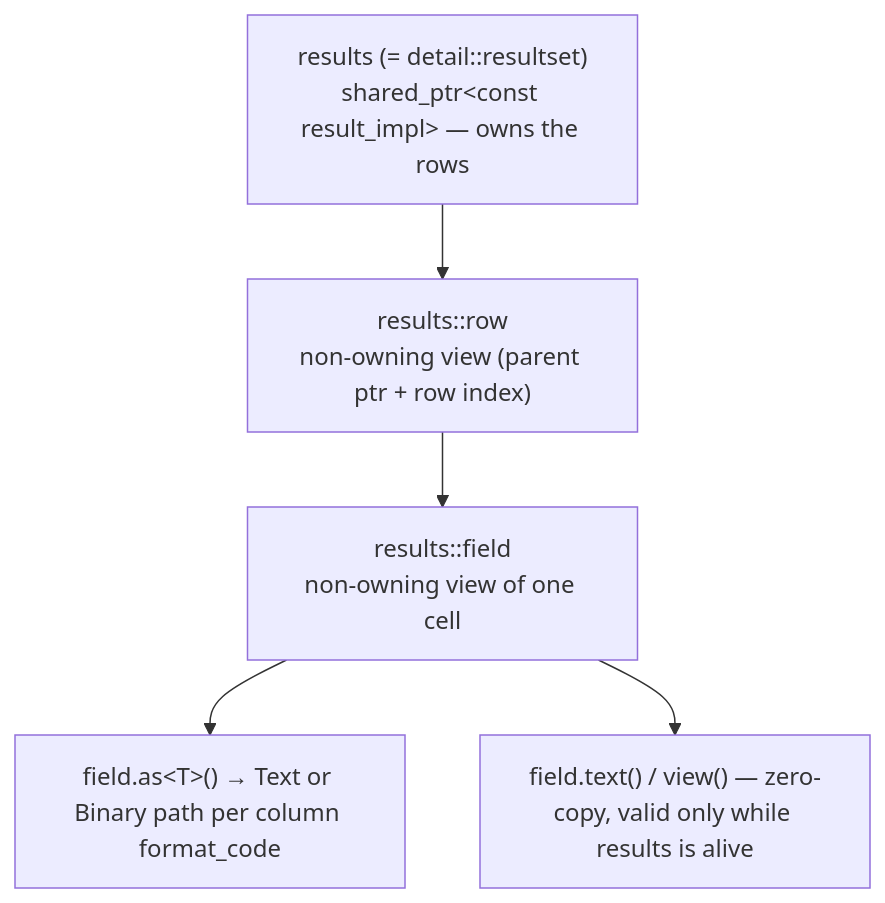
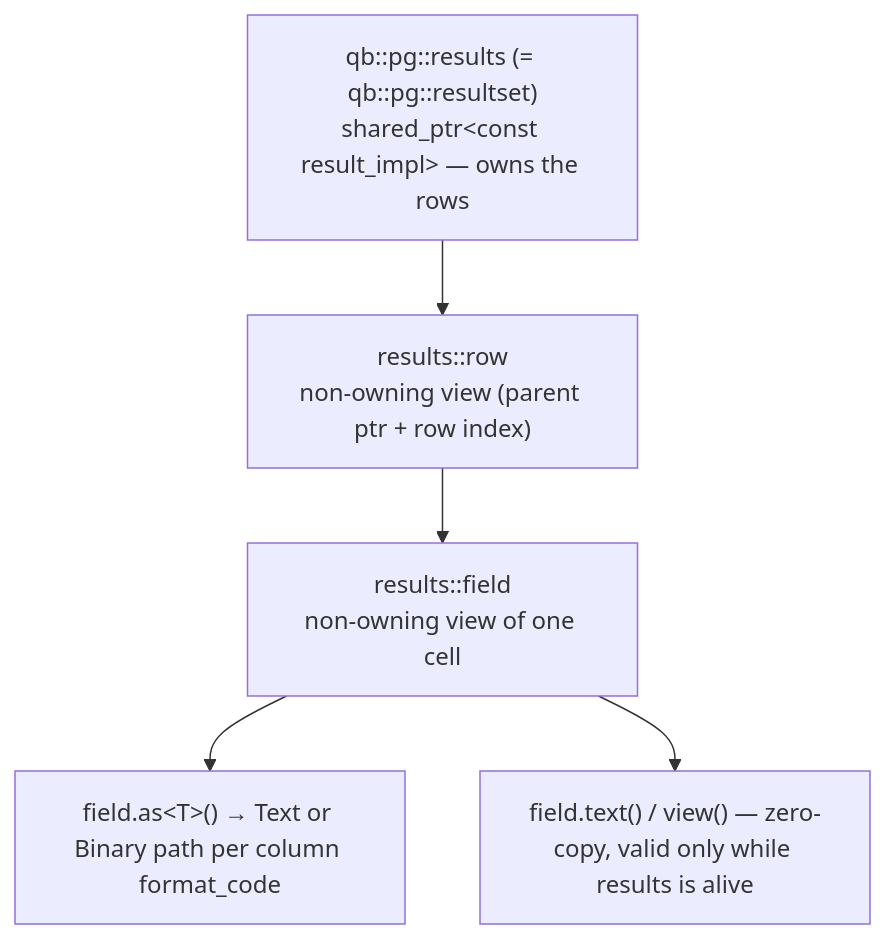
The diagram in readme/results.md (isndev/qbm-pgsql), drawn with Mermaid before and after one commit.

Commit message:
docs(pgsql): name public resultset in flow diagram

````diff
--- a/readme/results.md
+++ b/readme/results.md
@@ -151,8 +151,8 @@
 ```mermaid
 flowchart TD
-    RS["results (= detail::resultset)<br/>shared_ptr&lt;const result_impl&gt; — owns the rows"]
+    RS["qb::pg::results (= qb::pg::resultset)<br/>shared_ptr&lt;const result_impl&gt; — owns the rows"]
     RS --> R0["results::row<br/>non-owning view (parent ptr + row index)"]
     R0 --> F0["results::field<br/>non-owning view of one cell"]
     F0 --> AS["field.as&lt;T&gt;() → Text or Binary path per column format_code"]
     F0 --> TXT["field.text() / view() — zero-copy, valid only while results is alive"]
 ```
````
